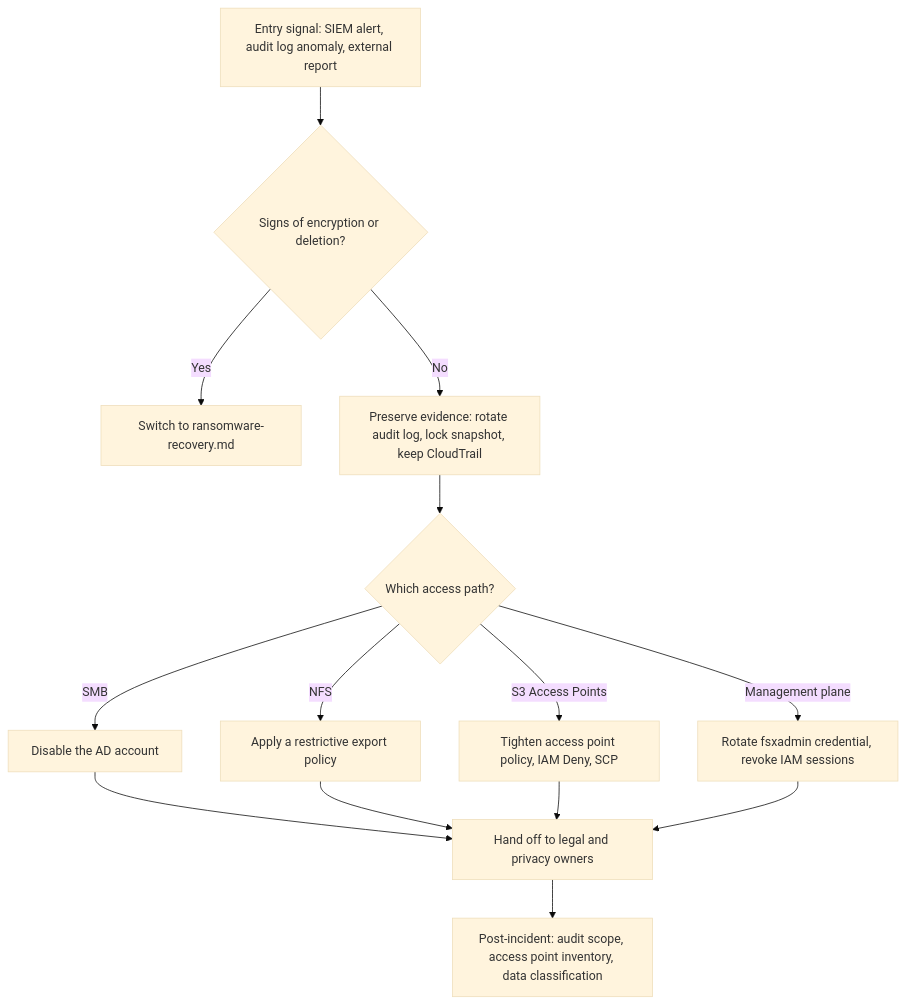
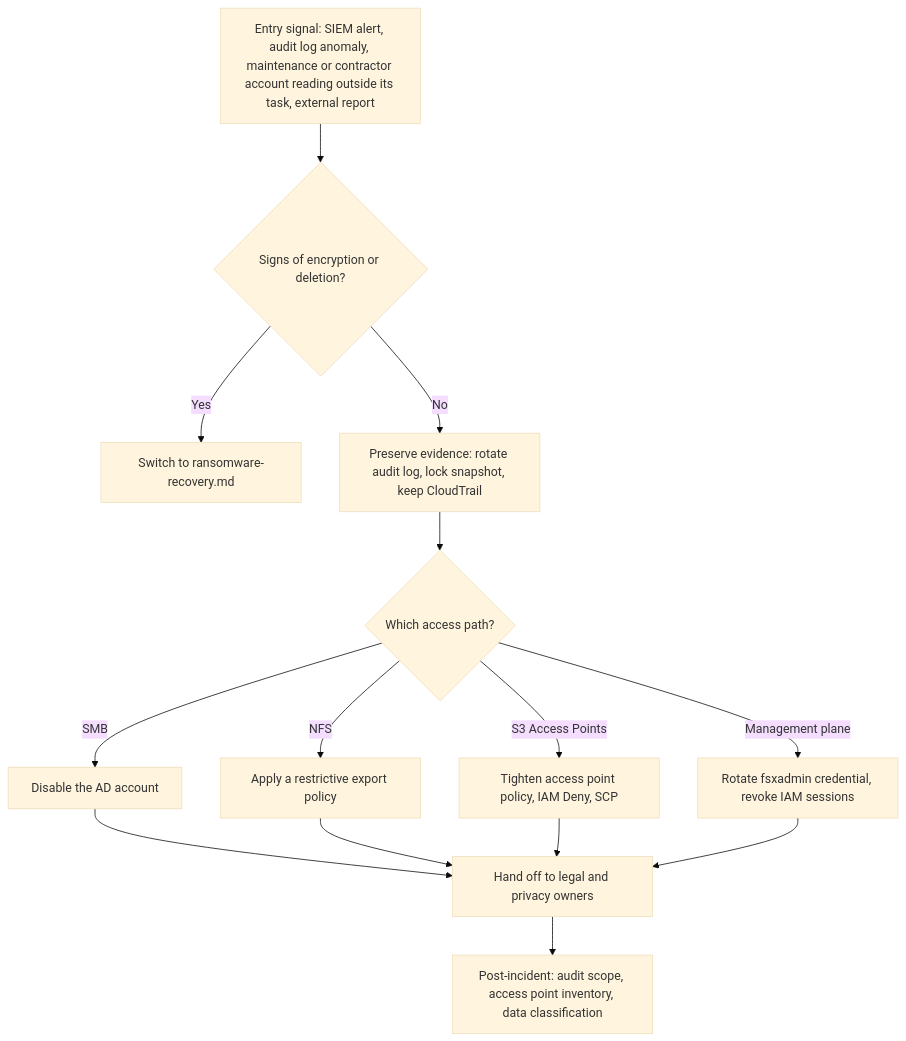
One commit to Yoshiki0705/FSx-for-ONTAP-Cyber-Resilience-Patterns changed the diagram in docs/runbooks/data-exfiltration-response.md. Above: the diagram before and after it, drawn with Mermaid (base theme). The commit also changed other lines of this file and 6 other files, not shown here.

````diff
--- a/docs/runbooks/data-exfiltration-response.md
+++ b/docs/runbooks/data-exfiltration-response.md
@@ -64,16 +64,16 @@
 ```mermaid
 flowchart TD
-    START[Entry signal: SIEM alert, audit log anomaly, external report] --> ENC{Signs of encryption or deletion?}
+    START[Entry signal: SIEM alert, audit log anomaly, maintenance or contractor account reading outside its task, external report] --> ENC{Signs of encryption or deletion?}
     ENC -->|Yes| RW[Switch to ransomware-recovery.md]
     ENC -->|No| PRESERVE[Preserve evidence: rotate audit log, lock snapshot, keep CloudTrail]
     PRESERVE --> PATH{Which access path?}
     PATH -->|SMB| C_SMB[Disable the AD account]
     PATH -->|NFS| C_NFS[Apply a restrictive export policy]
     PATH -->|S3 Access Points| C_S3[Tighten access point policy, IAM Deny, SCP]
     PATH -->|Management plane| C_MGMT[Rotate fsxadmin credential, revoke IAM sessions]
     C_SMB --> HANDOFF[Hand off to legal and privacy owners]
     C_NFS --> HANDOFF
     C_S3 --> HANDOFF
     C_MGMT --> HANDOFF
     HANDOFF --> POST[Post-incident: audit scope, access point inventory, data classification]
 ```
````
